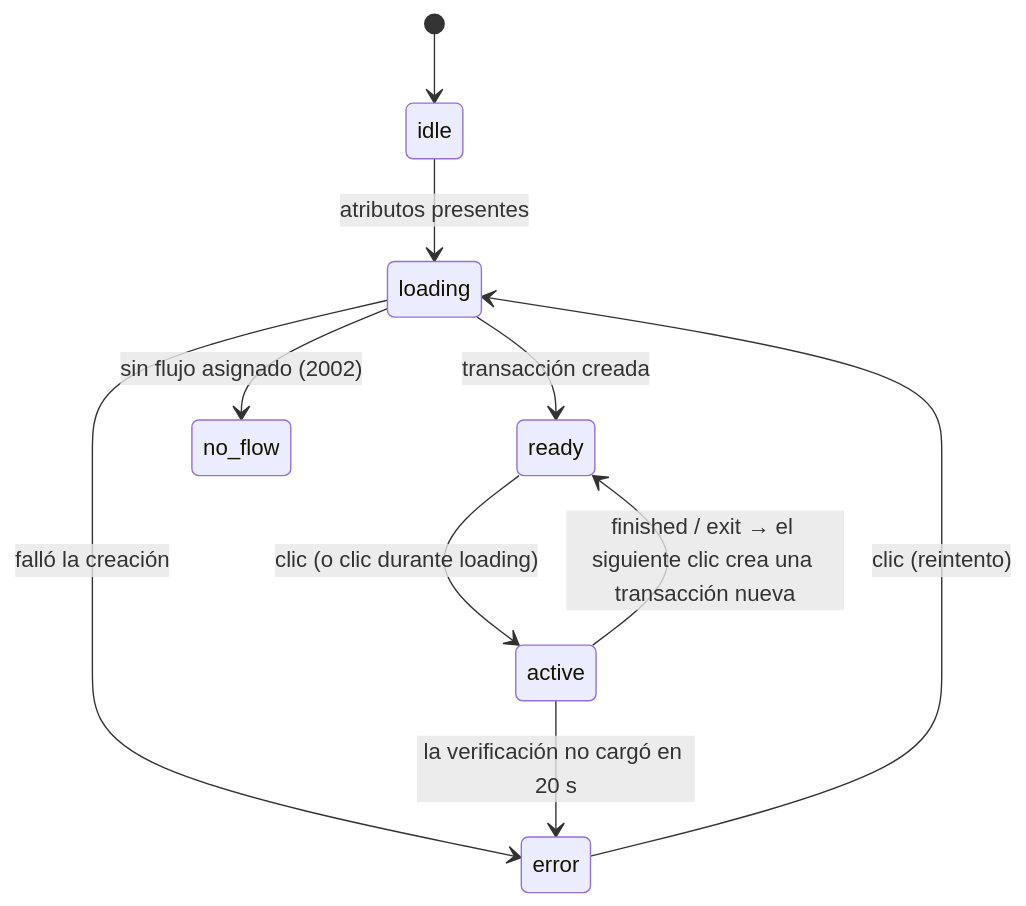
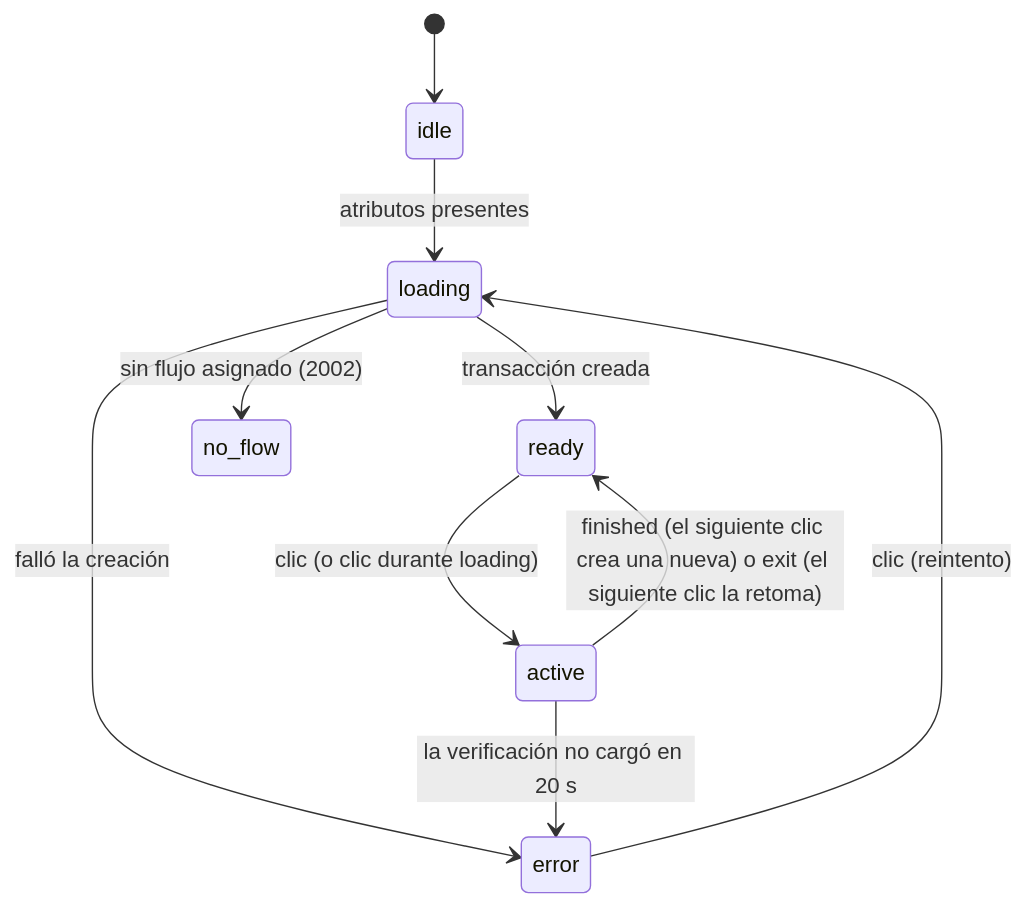
Before and after one commit to tekbees/unicus-docs: the diagram in unicus-es/sdk-web-v5/button-reference.md, drawn with Mermaid. The commit also changed other lines of this file and 11 other files, not shown here.

````diff
--- a/unicus-es/sdk-web-v5/button-reference.md
+++ b/unicus-es/sdk-web-v5/button-reference.md
@@ -34,12 +34,12 @@
 ```mermaid
 stateDiagram-v2
   [*] --> idle
   idle --> loading: atributos presentes
   loading --> ready: transacción creada
   loading --> error: falló la creación
   loading --> no_flow: sin flujo asignado (2002)
   ready --> active: clic (o clic durante loading)
-  active --> ready: finished / exit → el siguiente clic crea una transacción nueva
+  active --> ready: finished (el siguiente clic crea una nueva) o exit (el siguiente clic la retoma)
   active --> error: la verificación no cargó en 20 s
   error --> loading: clic (reintento)
 ```
````
